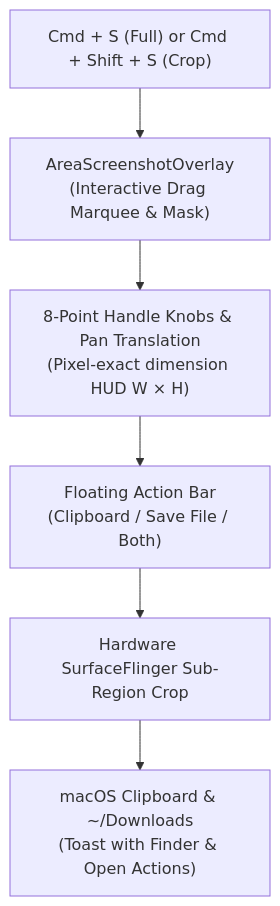
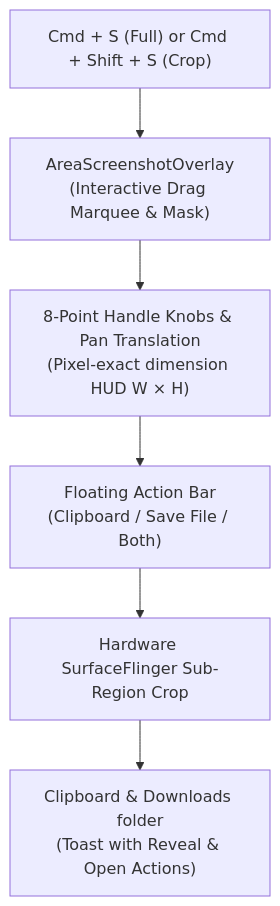
One commit to az-coder-123/azdroid changed the diagram in docs/features/screenshots-area-crop.md. Above: the diagram before and after it, drawn with Mermaid. The commit also changed other lines of this file and 26 other files, not shown here.

````diff
--- a/docs/features/screenshots-area-crop.md
+++ b/docs/features/screenshots-area-crop.md
@@ -14,8 +15,8 @@
 ```mermaid
 flowchart TD
     Trigger["Cmd + S (Full) or Cmd + Shift + S (Crop)"] --> Overlay["AreaScreenshotOverlay\n(Interactive Drag Marquee & Mask)"]
     Overlay --> Resize["8-Point Handle Knobs & Pan Translation\n(Pixel-exact dimension HUD W × H)"]
     Resize --> Bar["Floating Action Bar\n(Clipboard / Save File / Both)"]
     Bar --> Process["Hardware SurfaceFlinger Sub-Region Crop"]
-    Process --> Output["macOS Clipboard & ~/Downloads\n(Toast with Finder & Open Actions)"]
+    Process --> Output["Clipboard & Downloads folder\n(Toast with Reveal & Open Actions)"]
 ```
````
